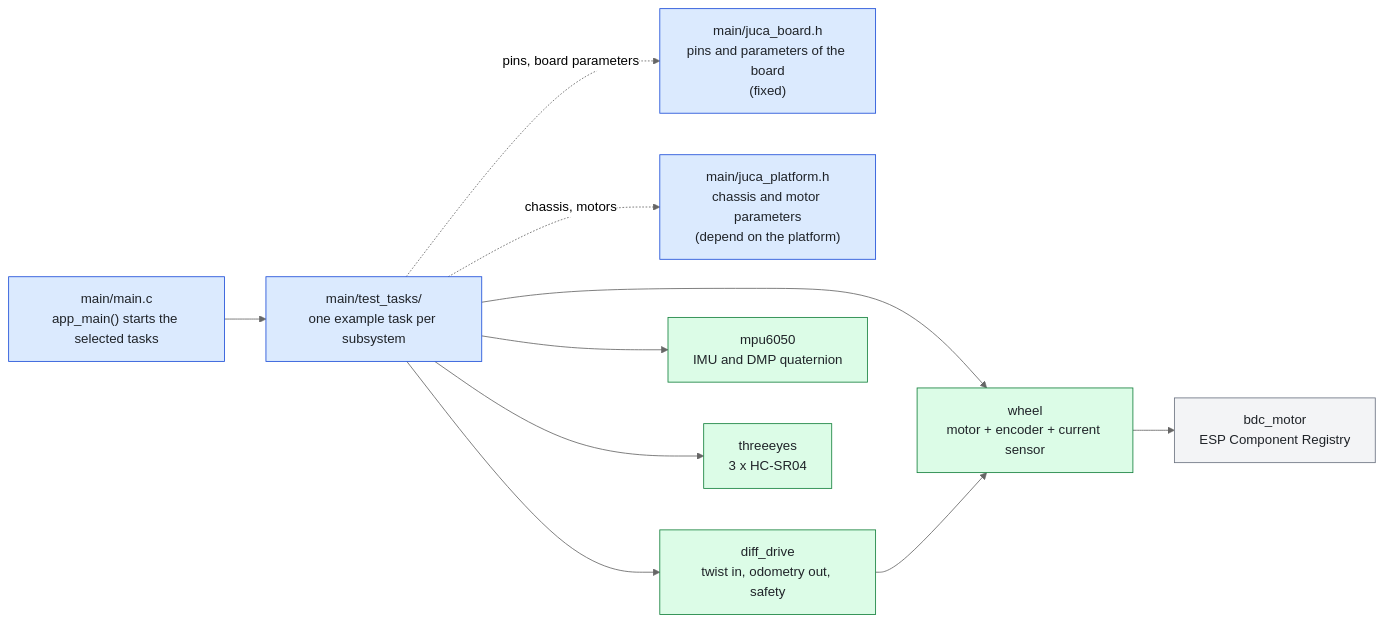
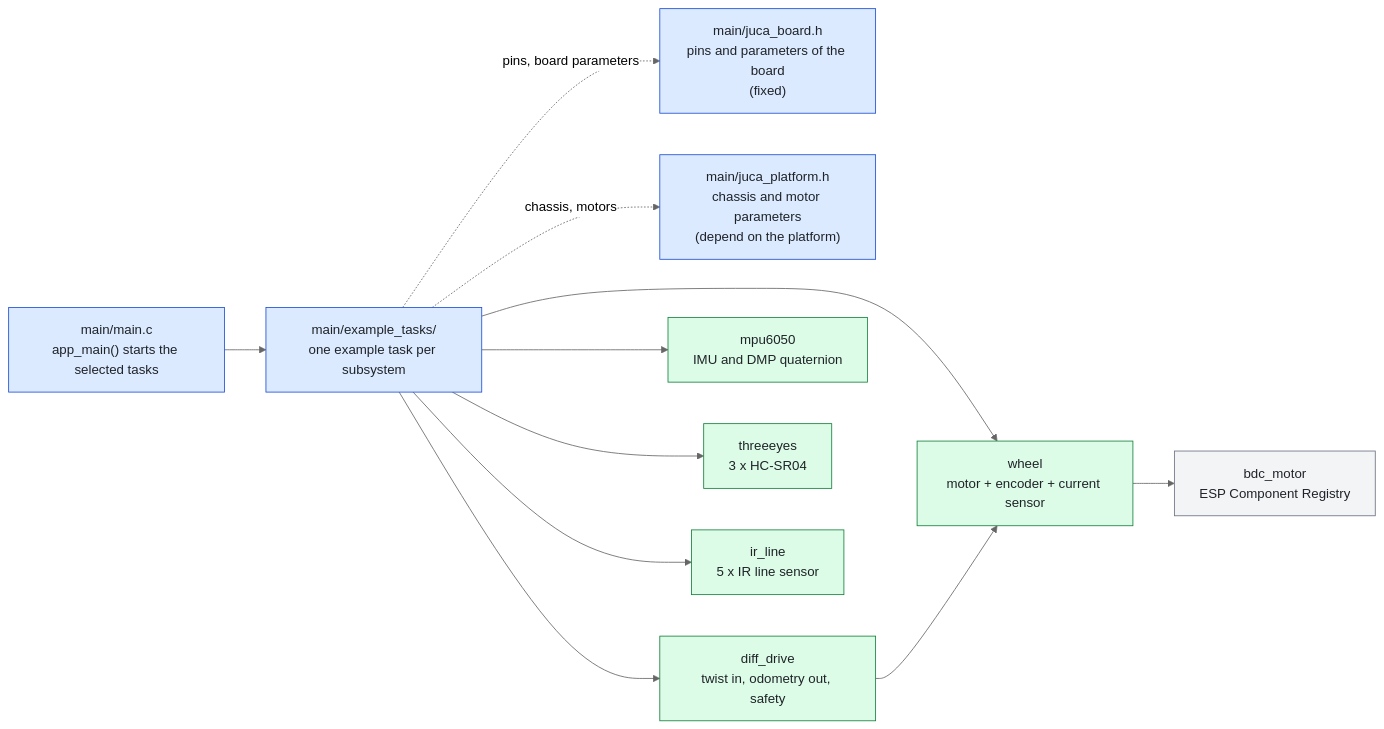
The diagram in firmware/juca_firmware/README.md (MatheusPinto/Juca), drawn with Mermaid (neutral theme) before and after one commit. The commit also changed other lines of this file, not shown here.

````diff
--- a/firmware/juca_firmware/README.md
+++ b/firmware/juca_firmware/README.md
@@ -38,30 +51,32 @@
 ```mermaid
 flowchart LR
     main["main/main.c<br/>app_main() starts the selected tasks"]
-    tasks["main/test_tasks/<br/>one example task per subsystem"]
+    tasks["main/example_tasks/<br/>one example task per subsystem"]
     board["main/juca_board.h<br/>pins and parameters of the board<br/>(fixed)"]
     platform["main/juca_platform.h<br/>chassis and motor parameters<br/>(depend on the platform)"]
 
     dd["diff_drive<br/>twist in, odometry out, safety"]
     wheel["wheel<br/>motor + encoder + current sensor"]
     mpu["mpu6050<br/>IMU and DMP quaternion"]
     eyes["threeeyes<br/>3 x HC-SR04"]
+    line["ir_line<br/>5 x IR line sensor"]
     bdc["bdc_motor<br/>ESP Component Registry"]
 
     main --> tasks
     tasks -. "pins, board parameters" .-> board
     tasks -. "chassis, motors" .-> platform
     tasks --> dd
     tasks --> wheel
     tasks --> mpu
     tasks --> eyes
+    tasks --> line
     dd --> wheel
     wheel --> bdc
 
     classDef app fill:#dbeafe,stroke:#1d4ed8,color:#1f2328
     classDef comp fill:#dcfce7,stroke:#15803d,color:#1f2328
     classDef ext fill:#f3f4f6,stroke:#6b7280,color:#1f2328
     class main,tasks,board,platform app
-    class dd,wheel,mpu,eyes comp
+    class dd,wheel,mpu,eyes,line comp
     class bdc ext
 ```
````
